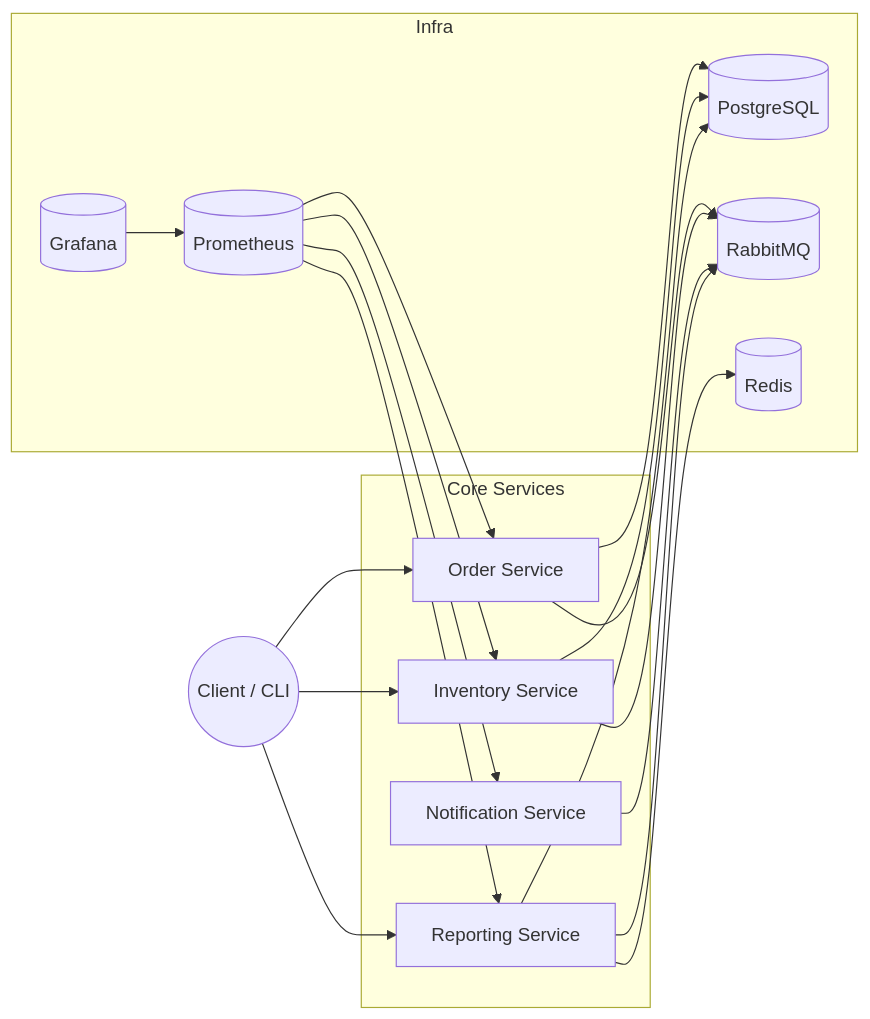
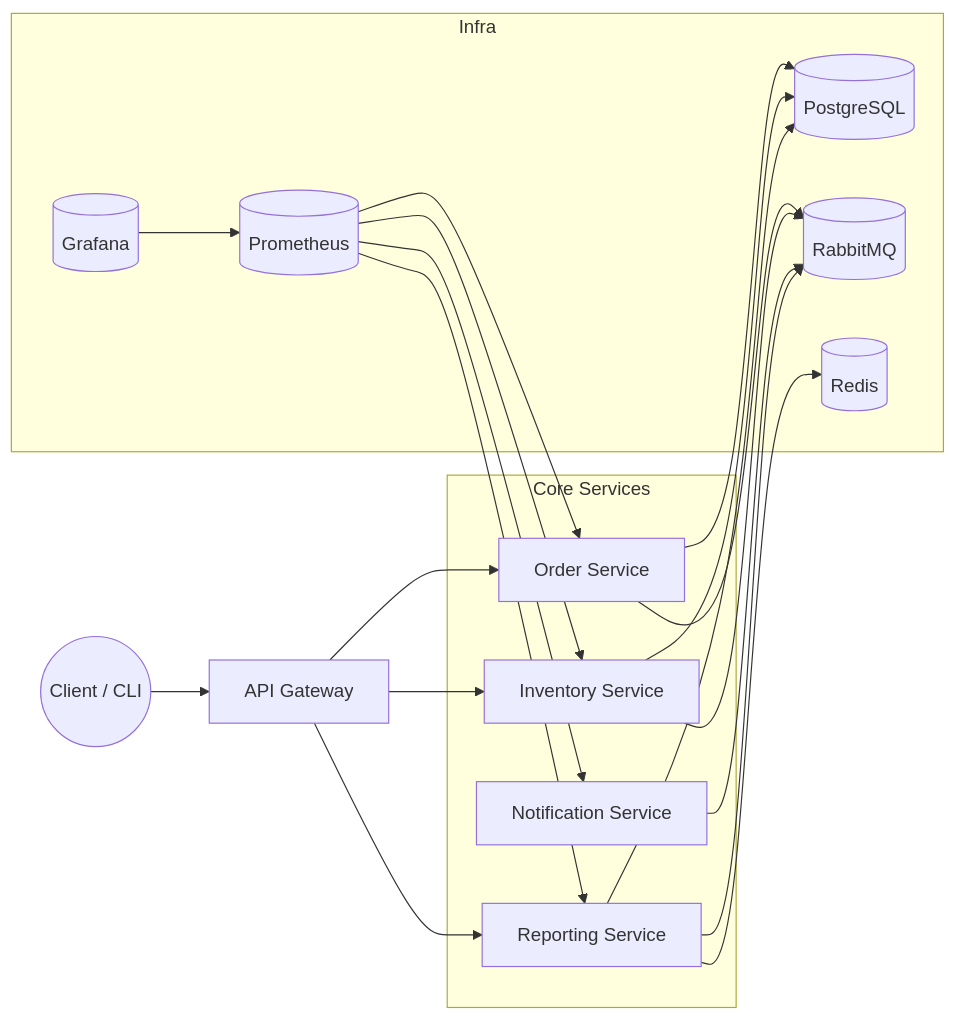
The diagram in docs/analysis/technical-boundaries.md (hacisimsek/real-time-order-system), drawn with Mermaid before and after one commit. The commit also changed other lines of this file and 260 other files, not shown here.

````diff
--- a/docs/analysis/technical-boundaries.md
+++ b/docs/analysis/technical-boundaries.md
@@ -21,33 +21,35 @@
 ```mermaid
 flowchart LR
     Client((Client / CLI))
+    Gateway[API Gateway]
     subgraph Core Services
         Order[Order Service]
         Inventory[Inventory Service]
         Notification[Notification Service]
         Reporting[Reporting Service]
     end
     subgraph Infra
         Postgres[(PostgreSQL)]
         Rabbit[(RabbitMQ)]
         Redis[(Redis)]
         Prometheus[(Prometheus)]
         Grafana[(Grafana)]
     end
-    Client --> Order
-    Client --> Inventory
-    Client --> Reporting
+    Client --> Gateway
+    Gateway --> Order
+    Gateway --> Inventory
+    Gateway --> Reporting
     Order --> Postgres
     Inventory --> Postgres
     Reporting --> Postgres
     Reporting --> Redis
     Order --> Rabbit
     Inventory --> Rabbit
     Notification --> Rabbit
     Reporting --> Rabbit
     Prometheus --> Order
     Prometheus --> Inventory
     Prometheus --> Notification
     Prometheus --> Reporting
     Grafana --> Prometheus
 ```
````
